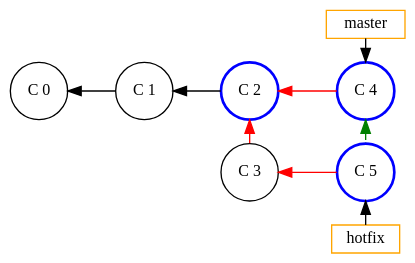
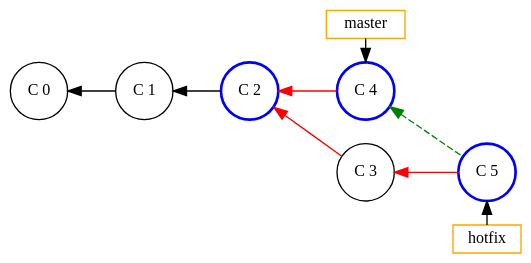
Before and after one commit to Gepardec/git-training: the diagram in slides/intro/src/docs/asciidoc/graphviz/git-merge-1.dot, drawn with Graphviz. The commit also changed 10 other files, not shown here.

Commit message:
- Little changes in existing raphs (coloring) - Added new graphs for git merge conflict, fast fwd merge. - Further dev on presentation

```diff
--- a/slides/intro/src/docs/asciidoc/graphviz/git-merge-1.dot
+++ b/slides/intro/src/docs/asciidoc/graphviz/git-merge-1.dot
@@ -1,41 +1,40 @@
 digraph git_merge_fast_fwd {
-  splines=line
-  rankdir=LR
-  bgcolor=transparent
+    splines=line
+    rankdir=LR
+    bgcolor=transparent
 
-  node[width=0.2,height=0.2, shape=rect,fontsize=12.0, style="", color=orange]
-  edge[weight=2,dir=back, style=""]
-  master [label="master"]
-  hotfix [label="hotfix"]
+    node[width=0.2,height=0.2, shape=rect,fontsize=12.0, style="", color=orange]
+    edge[weight=2,dir=back, style=""]
+    master [label="master"]
+    hotfix [label="hotfix"]
 
-  node[width=0.6,height=0.6, shape=circle,fontsize=12.0, style="", color=""]
-  edge[weight=2,dir=back, style=""]
+    node[width=0.6,height=0.6, shape=circle,fontsize=12.0, style="", color=""]
+    edge[weight=2,dir=back, style=""]
 
-  c_0 [label="C 0", group=master]
-  c_1 [label="C 1", group=master]
-  c_3 [label="C 3", group=master]
+    c_0 [label="C 0", group=master]
+    c_1 [label="C 1", group=master]
+    c_3 [label="C 3", group=branch]
 
-  /* Marked nodes */
-  node[shape=ellipse, color=blue, style=bold]
-  c_2 [label="C 2", group=master]
-  c_4 [label="C 4", group=master]
-  c_5 [label="C 5", group=branch]
+    /* Marked nodes */
+    node[shape=ellipse, color=blue, style=bold]
+    c_2 [label="C 2", group=master]
+    c_4 [label="C 4", group=master]
+    c_5 [label="C 5", group=branch]
 
-  edge[style=""]
-  c_0 -> c_1 -> c_2
-  edge[color=red]
-  c_2 -> c_4
-  c_2 -> c_3
-  c_3 -> c_5
+    edge[style=""]
+    c_0 -> c_1 -> c_2
+    edge[color=red]
+    c_2 -> c_4
+    c_2 -> c_3
+    c_3 -> c_5
 
-  edge[color=""]
-  master -> c_4 [dir=""]
-  c_5 -> hotfix
+    edge[color=""]
+    master -> c_4 [dir=""]
+    c_5 -> hotfix
 
-  c_4 -> c_5 [color=green, style=dashed]
+    c_4 -> c_5 [color=green, style=dashed]
 
-  {rank=same; c_2 c_3}
-  {rank=same; c_5 c_4 hotfix}
-  {rank=same; c_4 master}
+    {rank=same; master c_4 c_3}
+    {rank=same; c_5 hotfix}
 
 }
```
